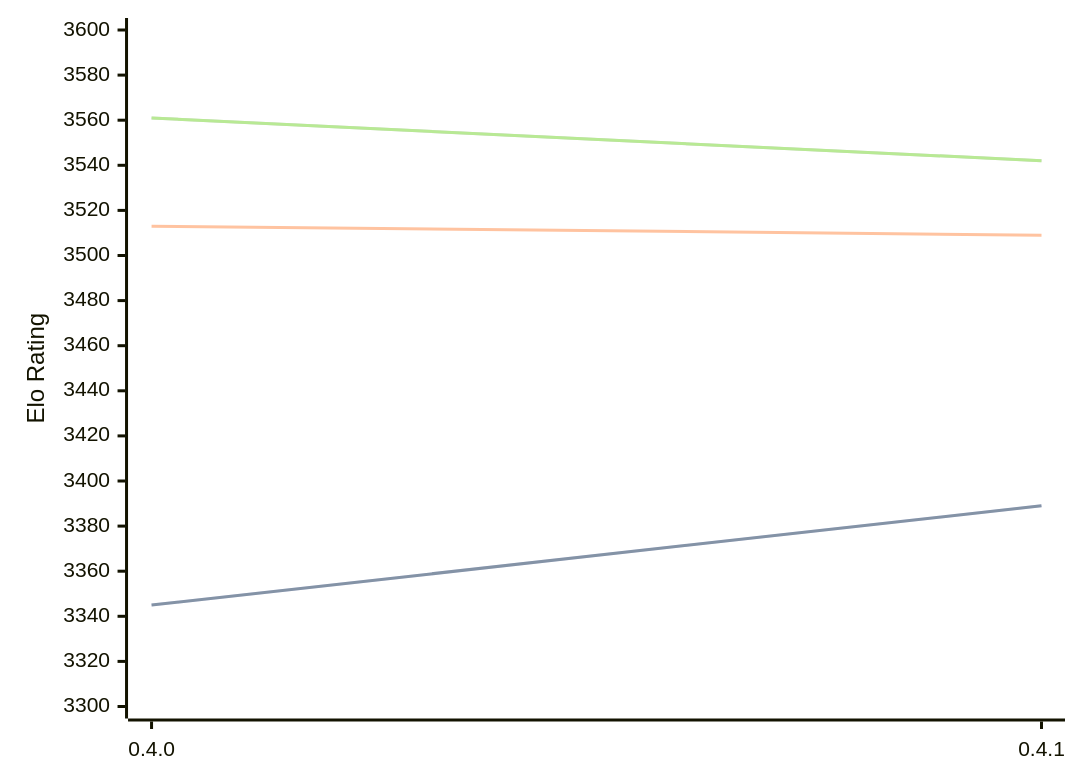
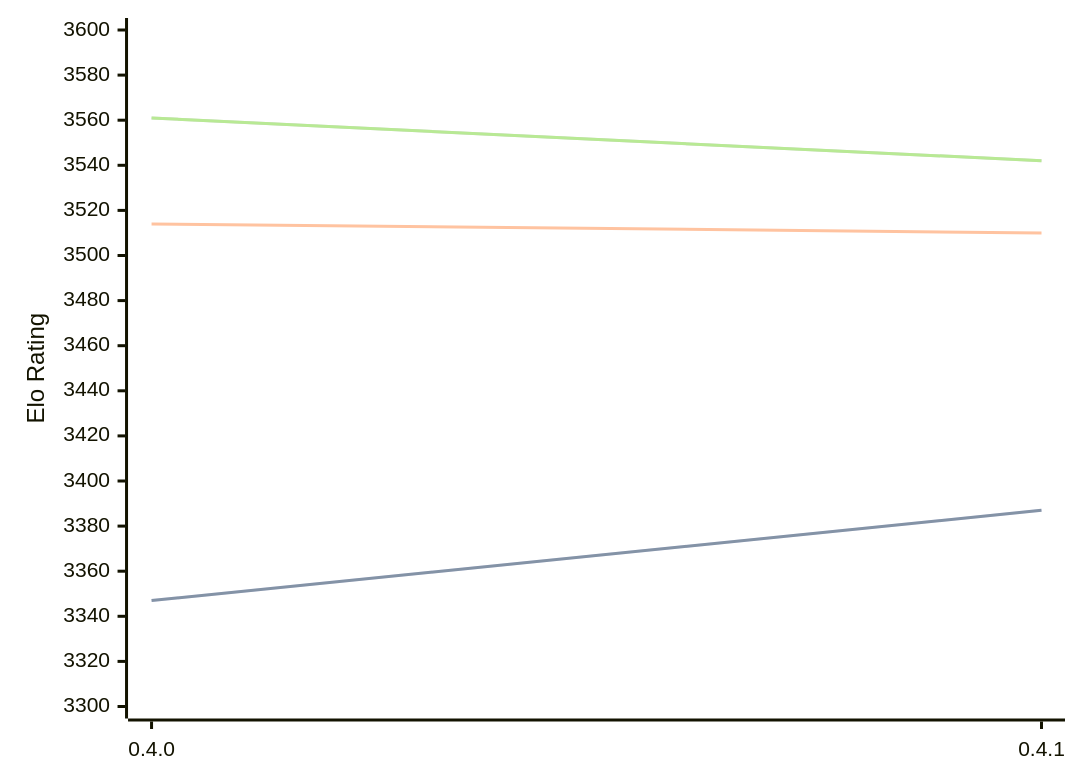
One commit to computer-chess-index/cci changed the diagram in engines/Cinder.md. Above: the diagram before and after it, drawn with Mermaid. The commit also changed other lines of this file, not shown here.

Commit message:
Update CCI Ratings (ELO VLTC) - 2026-04-27

````diff
--- a/engines/Cinder.md
+++ b/engines/Cinder.md
@@ -40,11 +40,11 @@
 ```mermaid
 %%{init: {"theme":"base","themeVariables":{"seriesColors:['#a3a3a3','#222221','#faa371']}}}%%
 xychart-beta
   x-axis ["0.4.0", "0.4.1"]
   y-axis "Elo Rating" 3300 --> 3600
-  line "STC (8.0+0.08s)" [3345, 3389]
-  line "STC (8.0+0.08s)" [3345, 3389]
-  line "LTC (60.0+0.60s)" [3513, 3509]
+  line "STC (8.0+0.08s)" [3347, 3387]
+  line "STC (8.0+0.08s)" [3347, 3387]
+  line "LTC (60.0+0.60s)" [3514, 3510]
   line "VLTC (2m24s+1.12s)" [3561, 3542]
   line "VLTC (2m24s+1.12s)" [3561, 3542]
 ```
````
